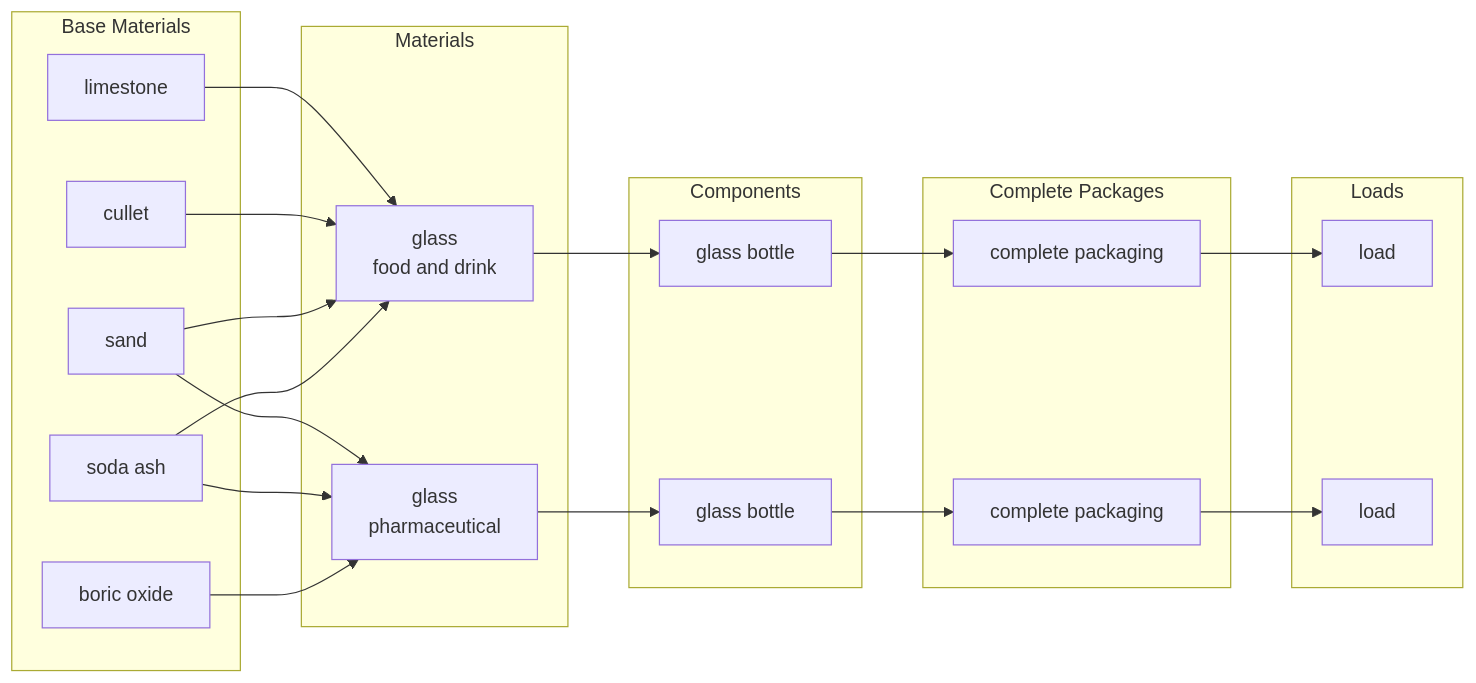
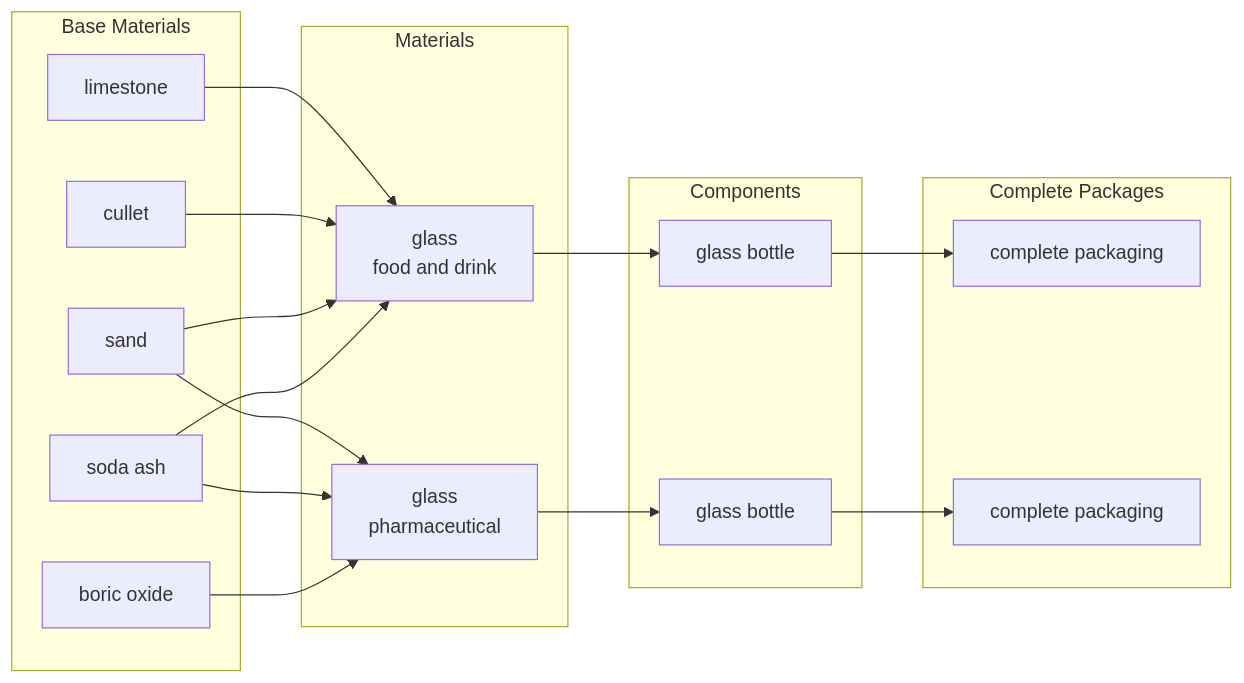
The fourth of 8 diagrams in docs/1_Start_Here/1_3_Data_Flow.md (OpenDataManchester/Open3P), drawn with Mermaid before and after one commit. The commit also changed other lines of this file, not shown here.

Commit message:
Improved Data Flow page

````diff
--- a/docs/1_Start_Here/1_3_Data_Flow.md
+++ b/docs/1_Start_Here/1_3_Data_Flow.md
@@ -98,41 +90,35 @@
 ``` mermaid
 flowchart LR
     subgraph baseMaterials[Base Materials]
         bm_sand[sand]
         bm_sodaAsh[soda ash]
         bm_limestone[limestone]
         bm_cullet[cullet]
         bm_boricOxide[boric oxide]
     end
     subgraph materials[Materials]
         ma_glass1["glass
         food and drink"]
         ma_glass2["glass
         pharmaceutical"]
     end
     subgraph components[Components]
         co_glassBottle1[glass bottle]
         co_glassBottle2[glass bottle]
     end
     subgraph completePackages[Complete Packages]
         cp_example1[complete packaging]
         cp_example2[complete packaging]
     end
-    subgraph loads[Loads]
-        lo_example1[load]
-        lo_example2[load]
-    end
     bm_limestone --> ma_glass1
     bm_cullet --> ma_glass1
     bm_sand --> ma_glass1
     bm_sand --> ma_glass2
     bm_sodaAsh --> ma_glass1
     bm_sodaAsh --> ma_glass2
     bm_boricOxide --> ma_glass2
     ma_glass1 --> co_glassBottle1
     ma_glass2 --> co_glassBottle2
     co_glassBottle1 --> cp_example1
     co_glassBottle2 --> cp_example2
-    cp_example1 --> lo_example1
-    cp_example2 --> lo_example2
 ```
````
